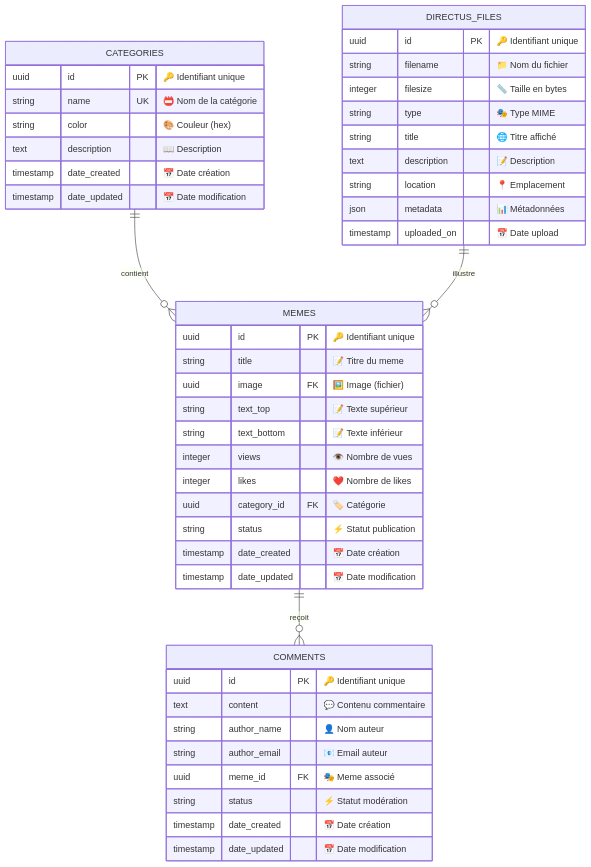
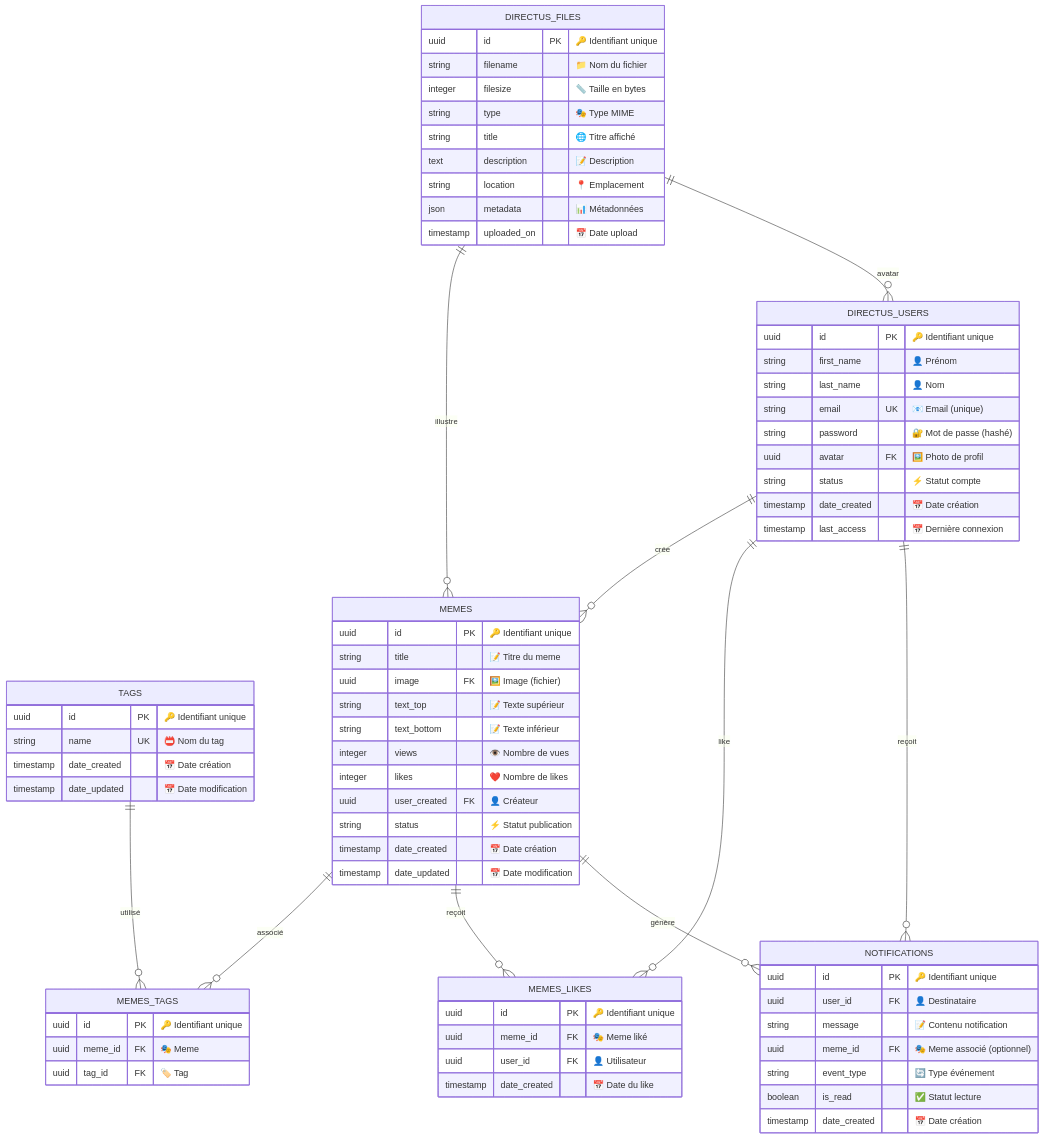
Before and after one commit to DamienMarill/cours_strapi_angular: the diagram in doc/tutoriel-directus-meme-manager.md, drawn with Mermaid. The commit also changed other lines of this file and 4 other files, not shown here.

````diff
--- a/doc/tutoriel-directus-meme-manager.md
+++ b/doc/tutoriel-directus-meme-manager.md
@@ -75,53 +76,81 @@
 ```mermaid
 erDiagram
-    CATEGORIES {
+    DIRECTUS_USERS {
         uuid id PK "🔑 Identifiant unique"
-        string name UK "📛 Nom de la catégorie"
-        string color "🎨 Couleur (hex)"
-        text description "📖 Description"
+        string first_name "👤 Prénom"
+        string last_name "👤 Nom"
+        string email UK "📧 Email (unique)"
+        string password "🔐 Mot de passe (hashé)"
+        uuid avatar FK "🖼️ Photo de profil"
+        string status "⚡ Statut compte"
+        timestamp date_created "📅 Date création"
+        timestamp last_access "📅 Dernière connexion"
+    }
+    
+    TAGS {
+        uuid id PK "🔑 Identifiant unique"
+        string name UK "📛 Nom du tag"
         timestamp date_created "📅 Date création"
         timestamp date_updated "📅 Date modification"
     }
     
     MEMES {
         uuid id PK "🔑 Identifiant unique"
         string title "📝 Titre du meme"
         uuid image FK "🖼️ Image (fichier)"
         string text_top "📝 Texte supérieur"
         string text_bottom "📝 Texte inférieur"
         integer views "👁️ Nombre de vues"
         integer likes "❤️ Nombre de likes"
-        uuid category_id FK "🏷️ Catégorie"
+        uuid user_created FK "👤 Créateur"
         string status "⚡ Statut publication"
         timestamp date_created "📅 Date création"
         timestamp date_updated "📅 Date modification"
     }
     
-    COMMENTS {
+    MEMES_TAGS {
         uuid id PK "🔑 Identifiant unique"
-        text content "💬 Contenu commentaire"
-        string author_name "👤 Nom auteur"
-        string author_email "📧 Email auteur"
-        uuid meme_id FK "🎭 Meme associé"
-        string status "⚡ Statut modération"
+        uuid meme_id FK "🎭 Meme"
+        uuid tag_id FK "🏷️ Tag"
+    }
+    
+    MEMES_LIKES {
+        uuid id PK "🔑 Identifiant unique"
+        uuid meme_id FK "🎭 Meme liké"
+        uuid user_id FK "👤 Utilisateur"
+        timestamp date_created "📅 Date du like"
+    }
+    
+    NOTIFICATIONS {
+        uuid id PK "🔑 Identifiant unique"
+        uuid user_id FK "👤 Destinataire"
+        string message "📝 Contenu notification"
+        uuid meme_id FK "🎭 Meme associé (optionnel)"
+        string event_type "🔄 Type événement"
+        boolean is_read "✅ Statut lecture"
         timestamp date_created "📅 Date création"
-        timestamp date_updated "📅 Date modification"
     }
     
     DIRECTUS_FILES {
         uuid id PK "🔑 Identifiant unique"
         string filename "📁 Nom du fichier"
         integer filesize "📏 Taille en bytes"
         string type "🎭 Type MIME"
         string title "🌐 Titre affiché"
         text description "📝 Description"
         string location "📍 Emplacement"
         json metadata "📊 Métadonnées"
         timestamp uploaded_on "📅 Date upload"
     }
     
-    %% Relations
-    CATEGORIES ||--o{ MEMES : "contient"
-    MEMES ||--o{ COMMENTS : "reçoit"
+    %% Relations principales
+    DIRECTUS_USERS ||--o{ MEMES : "crée"
+    DIRECTUS_USERS ||--o{ MEMES_LIKES : "like"
+    DIRECTUS_USERS ||--o{ NOTIFICATIONS : "reçoit"
+    MEMES ||--o{ MEMES_TAGS : "associé"
+    MEMES ||--o{ MEMES_LIKES : "reçoit"
+    MEMES ||--o{ NOTIFICATIONS : "génère"
+    TAGS ||--o{ MEMES_TAGS : "utilisé"
     DIRECTUS_FILES ||--o{ MEMES : "illustre"
+    DIRECTUS_FILES ||--o{ DIRECTUS_USERS : "avatar"
 ```
````
